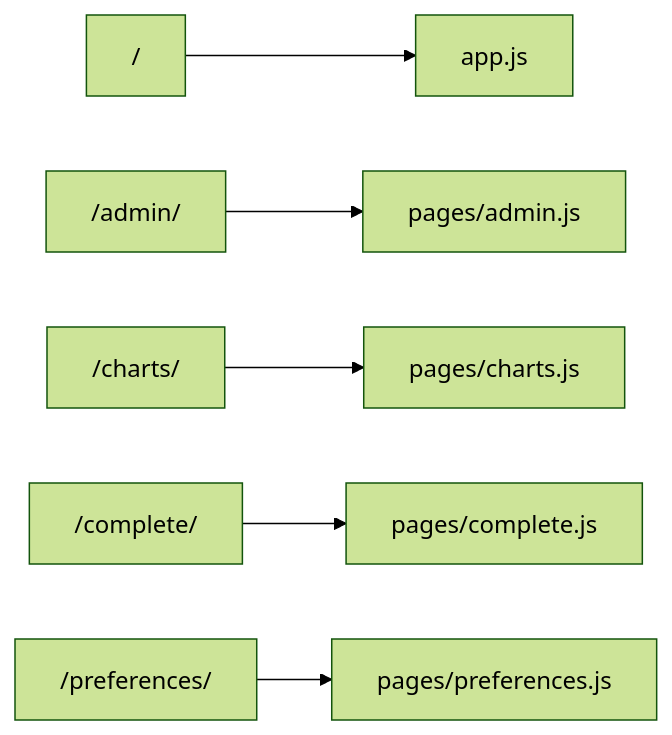
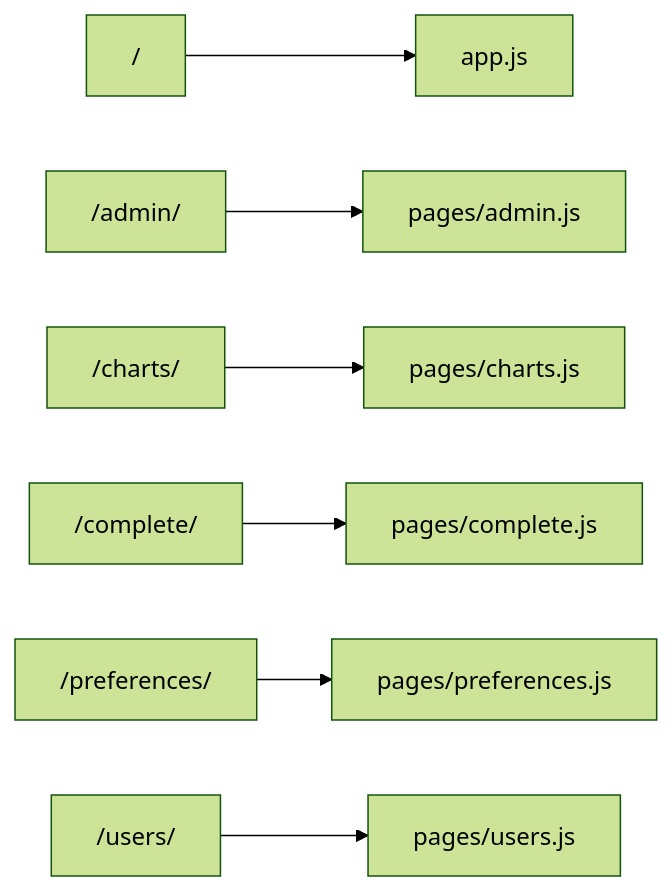
Before and after one commit to Steve-Fenton/millrace: the third of 4 diagrams in README.md, drawn with Mermaid (forest theme). The commit also changed other lines of this file and 61 other files, not shown here.

````diff
--- a/README.md
+++ b/README.md
@@ -109,8 +109,9 @@
 ```mermaid
 flowchart LR
   r1["/"] --> e1["app.js"]
   r2["/admin/"] --> e2["pages/admin.js"]
   r3["/charts/"] --> e3["pages/charts.js"]
   r4["/complete/"] --> e4["pages/complete.js"]
   r5["/preferences/"] --> e5["pages/preferences.js"]
+  r6["/users/"] --> e6["pages/users.js"]
 ```
````
